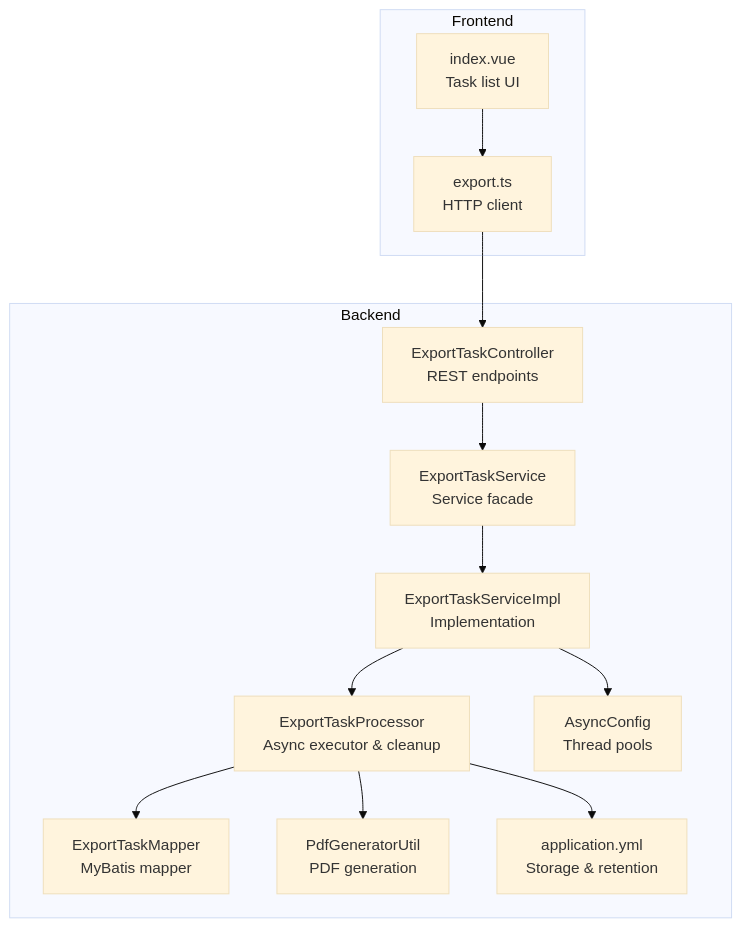
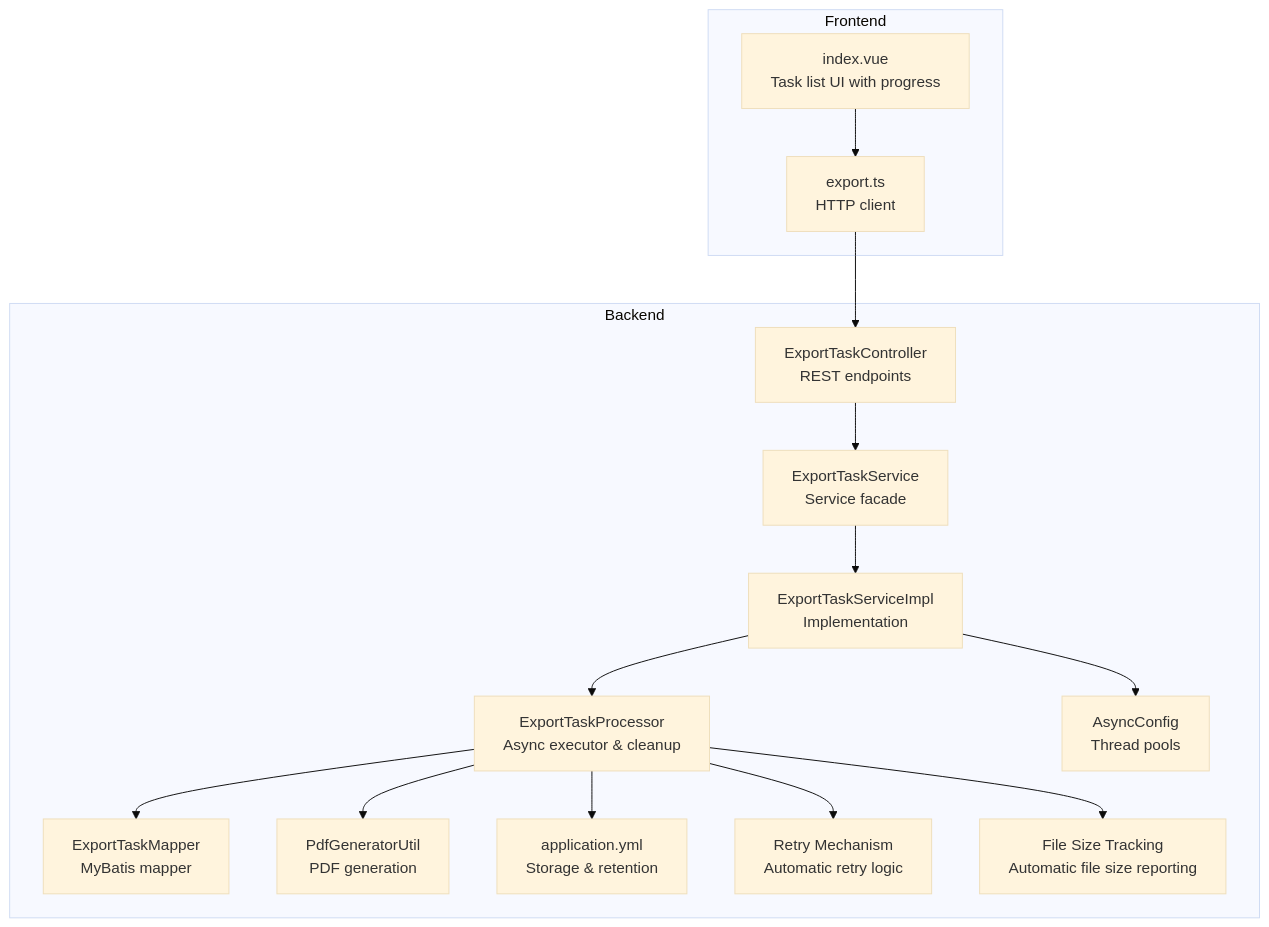
One commit to bo961386926/Survey-App changed the first of 4 diagrams in .qoder/repowiki/en/content/Export & Reporting/Export Task Management.md. Above: the diagram before and after it, drawn with Mermaid (base theme). The commit also changed other lines of this file and 19 other files, not shown here.

````diff
--- a/.qoder/repowiki/en/content/Export & Reporting/Export Task Management.md
+++ b/.qoder/repowiki/en/content/Export & Reporting/Export Task Management.md
@@ -38,26 +46,30 @@
 ```mermaid
 graph TB
 subgraph "Backend"
 C["ExportTaskController<br/>REST endpoints"]
 S["ExportTaskService<br/>Service facade"]
 SI["ExportTaskServiceImpl<br/>Implementation"]
 P["ExportTaskProcessor<br/>Async executor & cleanup"]
 M["ExportTaskMapper<br/>MyBatis mapper"]
 E["PdfGeneratorUtil<br/>PDF generation"]
 A["AsyncConfig<br/>Thread pools"]
 CFG["application.yml<br/>Storage & retention"]
+RT["Retry Mechanism<br/>Automatic retry logic"]
+FS["File Size Tracking<br/>Automatic file size reporting"]
 end
 subgraph "Frontend"
 FE_API["export.ts<br/>HTTP client"]
-FE_VIEW["index.vue<br/>Task list UI"]
+FE_VIEW["index.vue<br/>Task list UI with progress"]
 end
 FE_API --> C
 FE_VIEW --> FE_API
 C --> S
 S --> SI
 SI --> P
 P --> M
 P --> E
 SI --> A
 P --> CFG
+P --> RT
+P --> FS
 ```
````
